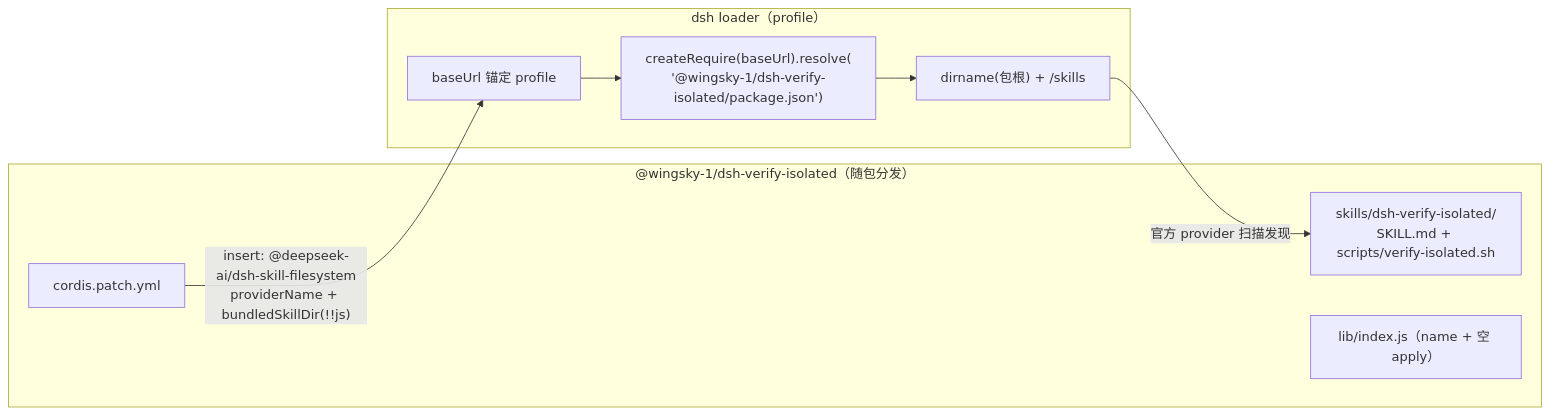
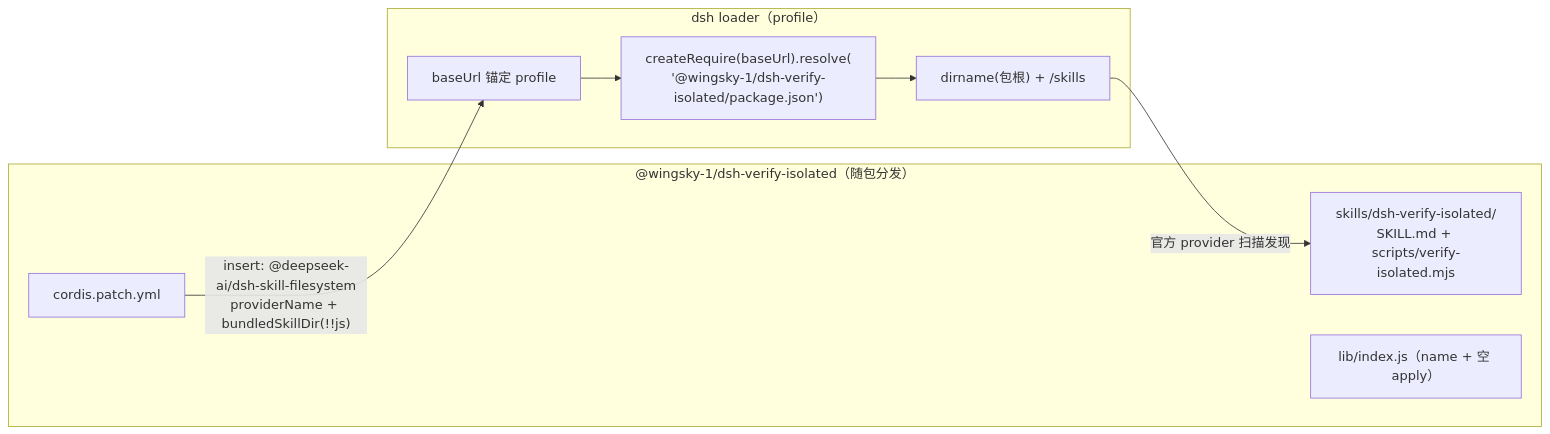
Before and after one commit to wingsky-1/dsh-plugin-hub: the first of 2 diagrams in docs/architecture/dsh-verify-isolated.md, drawn with Mermaid. The commit also changed other lines of this file and 9 other files, not shown here.

First line of the commit message:
C8+B6+B7：verify-isolated.sh → verify-isolated.mjs（node 重写）+ B6 verdict + B7 --evidence-dir (#538)

````diff
--- a/docs/architecture/dsh-verify-isolated.md
+++ b/docs/architecture/dsh-verify-isolated.md
@@ -18,19 +18,19 @@
 ```mermaid
 flowchart LR
     subgraph npm["@wingsky-1/dsh-verify-isolated（随包分发）"]
-        S["skills/dsh-verify-isolated/<br/>SKILL.md + scripts/verify-isolated.sh"]
+        S["skills/dsh-verify-isolated/<br/>SKILL.md + scripts/verify-isolated.mjs"]
         P["cordis.patch.yml"]
         IDX["lib/index.js（name + 空 apply）"]
     end
 
     subgraph loader["dsh loader（profile）"]
         BASE["baseUrl 锚定 profile"]
         REQ["createRequire(baseUrl).resolve(<br/>'@wingsky-1/dsh-verify-isolated/package.json')"]
         DIR["dirname(包根) + /skills"]
     end
 
     P -->|"insert: @deepseek-ai/dsh-skill-filesystem<br/>providerName + bundledSkillDir(!!js)"| BASE
     BASE --> REQ
     REQ --> DIR
     DIR -->|"官方 provider 扫描发现"| S
 ```
````
